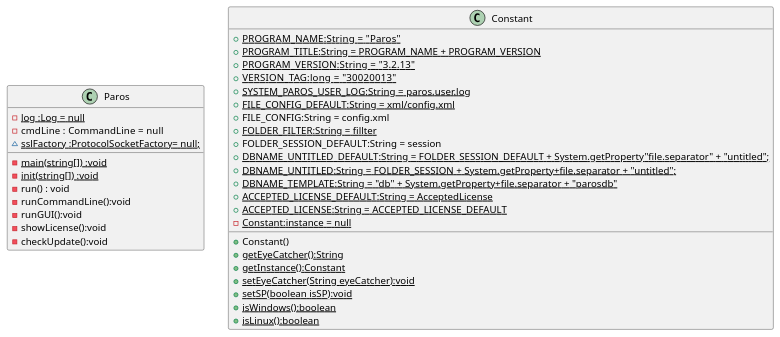
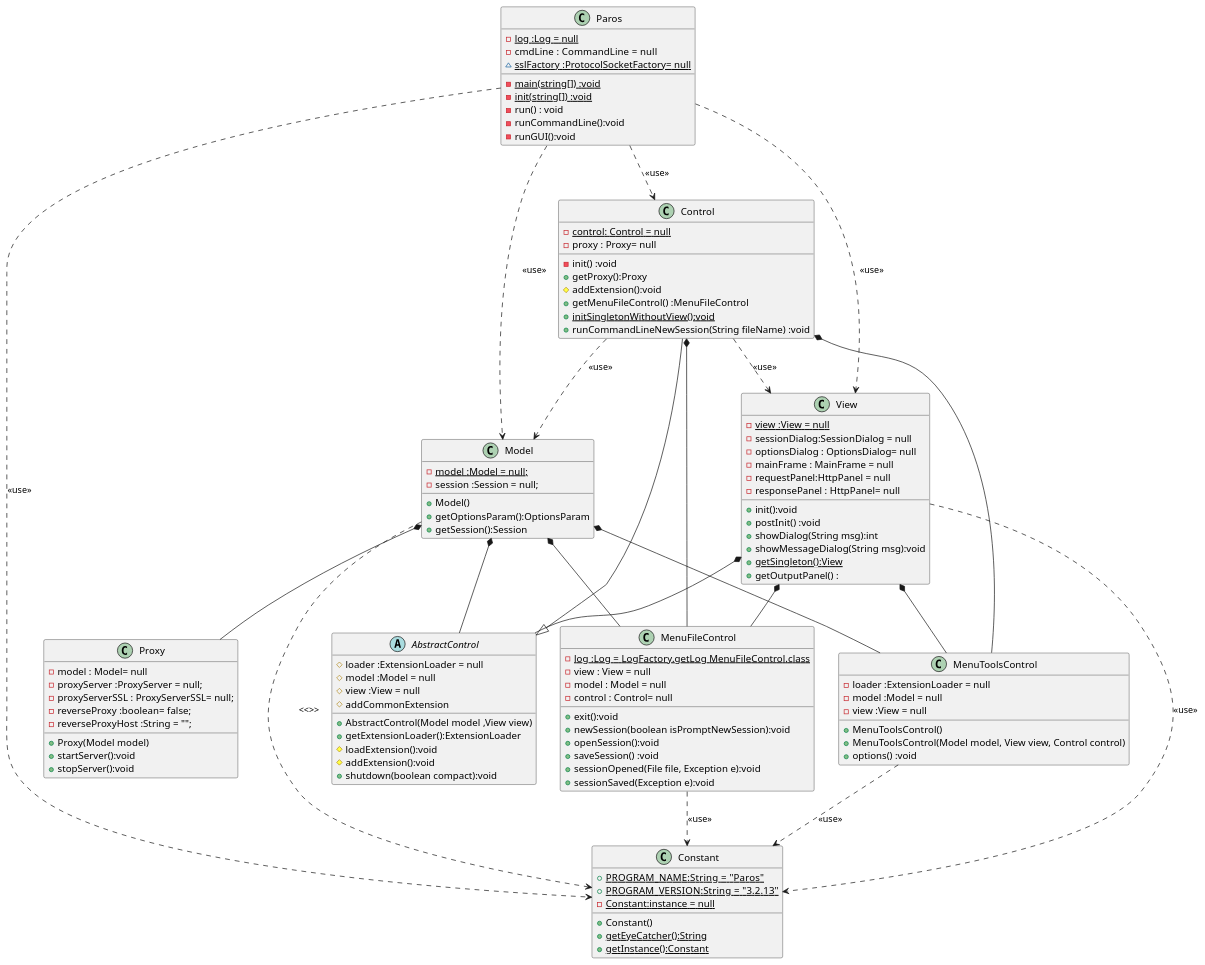
Before and after one commit to aphisit-ths/SAD-MATERIALS: the diagram in [LAB#3]UML/01.plantuml, drawn with PlantUML. The commit also changed 342 other files, not shown here.

```diff
--- a/[LAB#3]UML/01.plantuml
+++ b/[LAB#3]UML/01.plantuml
@@ -1,49 +1,128 @@
 @startuml
 
 class Paros{
     - {static} log :Log = null
     - cmdLine  : CommandLine = null
-    ~ {static} sslFactory :ProtocolSocketFactory= null;
-
+    ~ {static} sslFactory :ProtocolSocketFactory= null
     - {static} main(string[]) :void
     - {static} init(string[]) :void
     - run() : void
     - runCommandLine():void
     - runGUI():void
-    - showLicense():void
-    - checkUpdate():void
+
 }
 
 class Constant{
     + {static}PROGRAM_NAME:String   = "Paros"
-    + {static}PROGRAM_TITLE:String = PROGRAM_NAME + PROGRAM_VERSION
     + {static}PROGRAM_VERSION:String   = "3.2.13"
-    + {static}VERSION_TAG:long   = "30020013"
-    + {static}SYSTEM_PAROS_USER_LOG:String = paros.user.log
-    + {static}FILE_CONFIG_DEFAULT:String = xml/config.xml
-    + FILE_CONFIG:String = config.xml
-    + {static}FOLDER_FILTER:String = fillter
-    + FOLDER_SESSION_DEFAULT:String = session
-    + {static}DBNAME_UNTITLED_DEFAULT:String = FOLDER_SESSION_DEFAULT + System.getProperty"file.separator" + "untitled";
-    + {static}DBNAME_UNTITLED:String = FOLDER_SESSION + System.getProperty+file.separator + "untitled";
-    + {static}DBNAME_TEMPLATE:String = "db" + System.getProperty+file.separator + "parosdb"
-    + {static}ACCEPTED_LICENSE_DEFAULT:String = AcceptedLicense
-    + {static}ACCEPTED_LICENSE:String = ACCEPTED_LICENSE_DEFAULT
     - {static}Constant:instance = null
-    ' + {static}MAX_HOST_CONNECTION:int = 5
-    ' + {static}USER_AGENT:String = PROGRAM_NAME + "/" + PROGRAM_VERSION
-    ' - {static}staticEyeCatcher:String = PROGRAM_NAME 
-    ' - {static}staticSP:Boolean = false 
-    ' - {static}patternWindows:Pattern = Pattern.compile = window, Pattern.CASE_INSENSITIVE; 
-    ' - {static}patternLinux:Pattern = Pattern.compile = linux, Pattern.CASE_INSENSITIVE; 
     + Constant()
     + {static} getEyeCatcher():String
-    + {static} getInstance():Constant    
-    + {static} setEyeCatcher(String eyeCatcher):void
-    + {static} setSP(boolean isSP):void
-    + {static} isWindows():boolean
-    + {static} isLinux():boolean
+    + {static} getInstance():Constant
+
+
 }
+class Model{
+    - {static}  model :Model = null;
+    -  session :Session = null;
+    + Model()
+    +  getOptionsParam():OptionsParam
+    +  getSession():Session
+}
+class View{
+    - {static}  view :View = null
+    -  sessionDialog:SessionDialog = null
+    -  optionsDialog : OptionsDialog= null
+    -  mainFrame : MainFrame = null
+    -  requestPanel:HttpPanel = null
+    -  responsePanel : HttpPanel= null
+    +  init():void
+    +  postInit() :void
+    +  showDialog(String msg):int
+    +  showMessageDialog(String msg):void
+    + {static}  getSingleton():View
+    +  getOutputPanel() :
+}
+class Control{
+    -   {static}  control: Control = null
+    -   proxy : Proxy= null
+    -   init() :void
+    +   getProxy():Proxy
+    #   addExtension():void
+    +   getMenuFileControl() :MenuFileControl
+    +   {static}  initSingletonWithoutView():void
+    +   runCommandLineNewSession(String fileName) :void
+}
+abstract class AbstractControl{
+    #loader :ExtensionLoader = null
+    #model :Model = null
+    #view :View = null
+    + AbstractControl(Model model ,View view)
+    + getExtensionLoader():ExtensionLoader
+    #loadExtension():void
+    #addExtension():void
+    #addCommonExtension
+    +shutdown(boolean compact):void
+}
+class MenuFileControl{
+    - {static}  log :Log =  LogFactory.getLog MenuFileControl.class
+    -  view : View = null
+    -  model : Model = null
+    -  control : Control= null
+    +  exit():void
+    +  newSession(boolean isPromptNewSession):void
+    +  openSession():void
+    +  saveSession() :void
+    +  sessionOpened(File file, Exception e):void
+    +  sessionSaved(Exception e):void
+}
+
+class MenuToolsControl{
+    -loader :ExtensionLoader = null 
+    -model :Model = null 
+    -view :View = null 
+    + MenuToolsControl() 
+    + MenuToolsControl(Model model, View view, Control control) 
+    + options() :void
+}
+class Proxy {
+    
+    -  model : Model= null
+    -  proxyServer :ProxyServer = null;
+    -  proxyServerSSL : ProxyServerSSL= null;
+    -  reverseProxy :boolean= false;
+    -  reverseProxyHost :String = "";
+    + Proxy(Model model)
+    +  startServer():void
+    +  stopServer():void
+}
+
+Paros ..>   Constant :<<use>>
+Paros ..>   Model :<<use>>
+Paros ..>   View :<<use>>
+Paros ..>   Control :<<use>>
+
+Control --|> AbstractControl
+Control ..> Model :<<use>>
+Control ..> View :<<use>>
+
+View *-- AbstractControl
+Model *-- AbstractControl
+
+MenuFileControl ..> Constant :<<use>>
+Model *-- MenuFileControl
+View *-- MenuFileControl
+Control *-- MenuFileControl
+
+MenuToolsControl ..> Constant :<<use>>
+Model *-- MenuToolsControl
+View *-- MenuToolsControl
+Control *-- MenuToolsControl
+
+Model *-- Proxy
+Model ..> Constant: <<>>
+
+View ..> Constant:<<use>>
 
 
 @enduml
```
